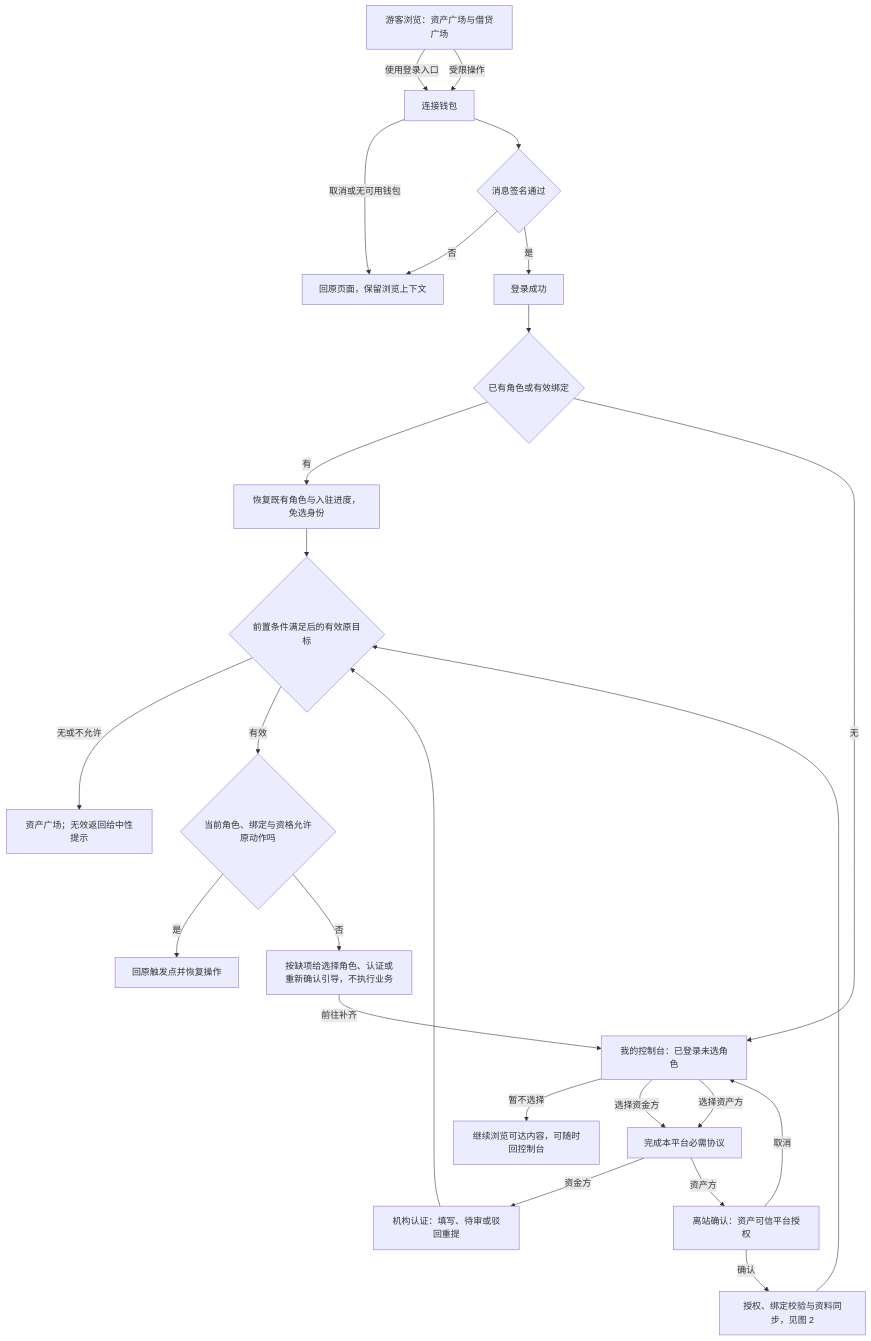
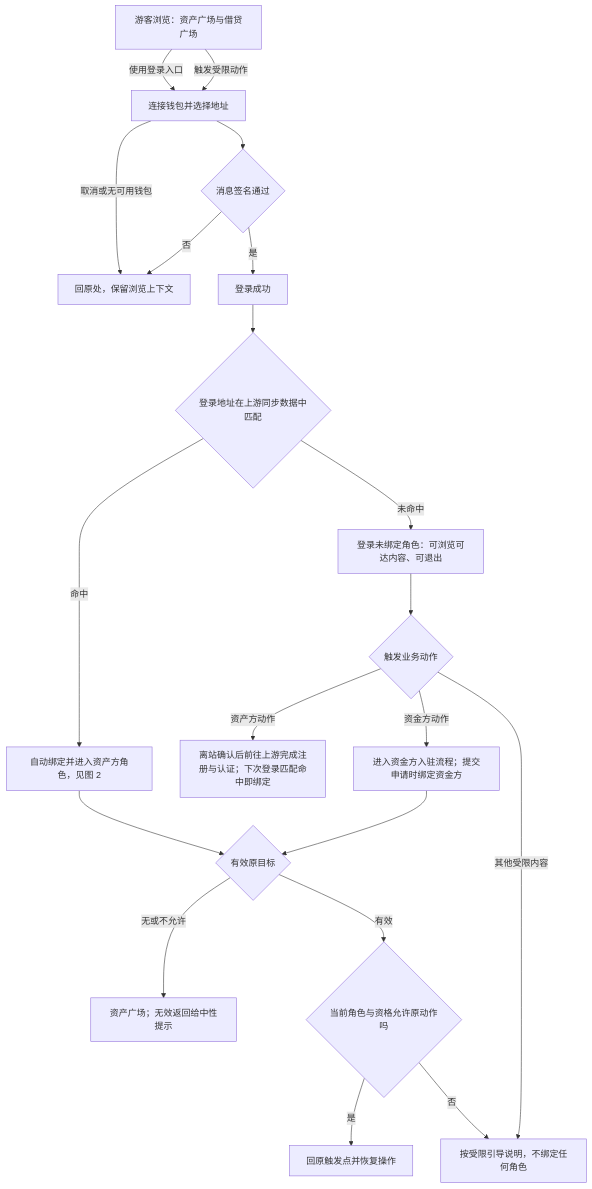
The first of 7 diagrams in lending-platform/PRD/v2.0-登录与账户体系/02-登录主干与资产方SSO接入-流程图与状态机.md (wxblockchain/Chain-Financing), drawn with Mermaid before and after one commit. The commit also changed other lines of this file and 5 other files, not shown here.

````diff
--- a/lending-platform/PRD/v2.0-登录与账户体系/02-登录主干与资产方SSO接入-流程图与状态机.md
+++ b/lending-platform/PRD/v2.0-登录与账户体系/02-登录主干与资产方SSO接入-流程图与状态机.md
@@ -10,27 +10,22 @@
 ```mermaid
 flowchart TD
-    G["游客浏览：资产广场与借贷广场"] -->|使用登录入口| W["连接钱包"]
-    G -->|受限操作| W
-    W -->|取消或无可用钱包| O["回原页面，保留浏览上下文"]
+    G["游客浏览：资产广场与借贷广场"] -->|使用登录入口| W["连接钱包并选择地址"]
+    G -->|触发受限动作| W
+    W -->|取消或无可用钱包| O["回原处，保留浏览上下文"]
     W --> S{"消息签名通过"}
     S -->|否| O
     S -->|是| IN["登录成功"]
-    IN --> HAS{"已有角色或有效绑定"}
-    HAS -->|有| ROLE["恢复既有角色与入驻进度，免选身份"]
-    HAS -->|无| CONSOLE["我的控制台：已登录未选角色"]
-    CONSOLE -->|暂不选择| BROWSE["继续浏览可达内容，可随时回控制台"]
-    CONSOLE -->|选择资金方| AGR["完成本平台必需协议"]
-    CONSOLE -->|选择资产方| AGR
-    AGR -->|资金方| FUND["机构认证：填写、待审或驳回重提"]
-    AGR -->|资产方| LEAVE["离站确认：资产可信平台授权"]
-    LEAVE -->|取消| CONSOLE
-    LEAVE -->|确认| AUTH["授权、绑定校验与资料同步，见图 2"]
-    ROLE --> NEXT{"前置条件满足后的有效原目标"}
+    IN --> M{"登录地址在上游同步数据中匹配"}
+    M -->|命中| ASSET["自动绑定并进入资产方角色，见图 2"]
+    M -->|未命中| NONE["登录未绑定角色：可浏览可达内容、可退出"]
+    NONE --> ACT{"触发业务动作"}
+    ACT -->|资产方动作| UP["离站确认后前往上游完成注册与认证；下次登录匹配命中即绑定"]
+    ACT -->|资金方动作| FUND["进入资金方入驻流程；提交申请时绑定资金方"]
+    ACT -->|其他受限内容| GUIDE["按受限引导说明，不绑定任何角色"]
+    ASSET --> NEXT{"有效原目标"}
     FUND --> NEXT
-    AUTH --> NEXT
-    NEXT -->|无或不允许| M["资产广场；无效返回给中性提示"]
-    NEXT -->|有效| Q{"当前角色、绑定与资格允许原动作吗"}
+    NEXT -->|无或不允许| PLAZA["资产广场；无效返回给中性提示"]
+    NEXT -->|有效| Q{"当前角色与资格允许原动作吗"}
     Q -->|是| BACK["回原触发点并恢复操作"]
-    Q -->|否| GUIDE["按缺项给选择角色、认证或重新确认引导，不执行业务"]
-    GUIDE -->|前往补齐| CONSOLE
+    Q -->|否| GUIDE
 ```
````
